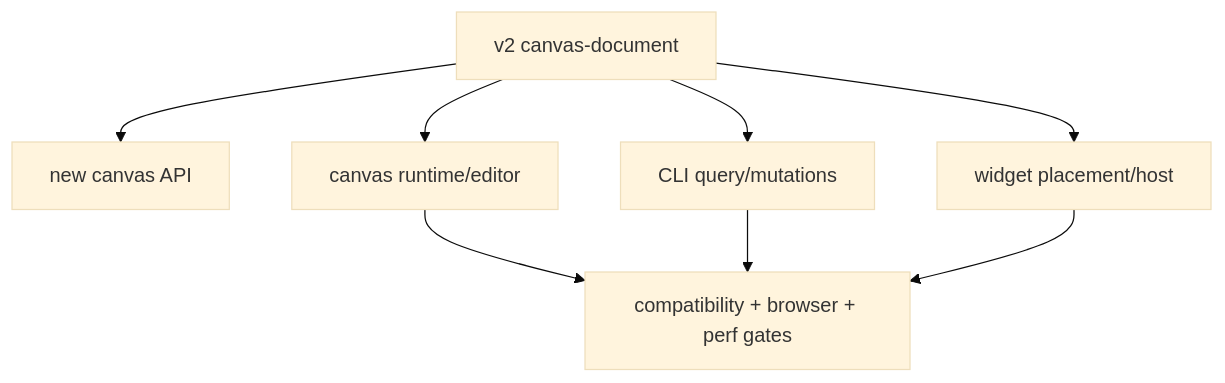
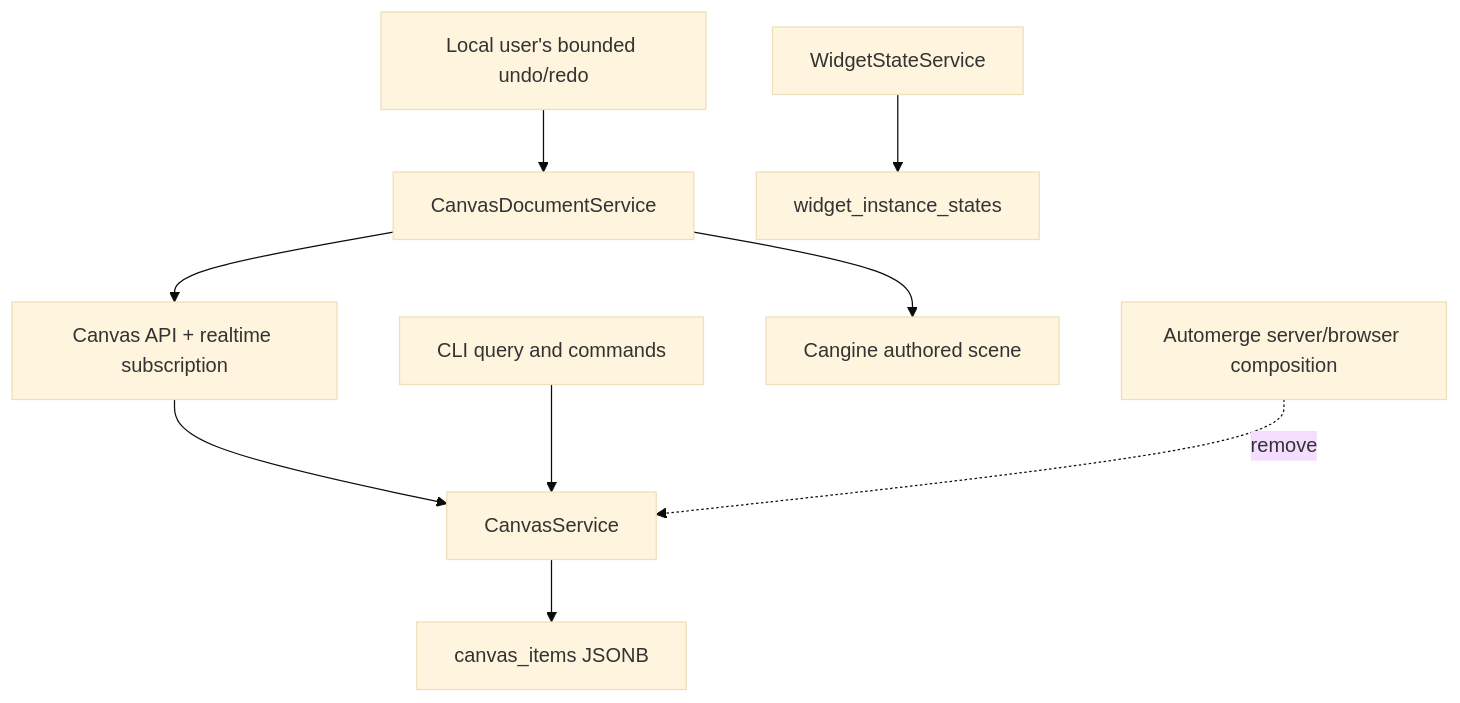
The diagram in tasks/a/A92.md (omnidraw/omnidraw), drawn with Mermaid (base theme) before and after one commit. The commit also changed other lines of this file and 10 other files, not shown here.

````diff
--- a/tasks/a/A92.md
+++ b/tasks/a/A92.md
@@ -17,10 +29,11 @@
 ```mermaid
 flowchart TD
-  Contract["v2 canvas-document"] --> Create["new canvas API"]
-  Contract --> Runtime["canvas runtime/editor"]
-  Contract --> CLI["CLI query/mutations"]
-  Contract --> Widgets["widget placement/host"]
-  Runtime --> Gate["compatibility + browser + perf gates"]
-  CLI --> Gate
-  Widgets --> Gate
+  API["Canvas API + realtime subscription"] --> Service["CanvasService"]
+  CLI["CLI query and commands"] --> Service
+  Browser["CanvasDocumentService"] --> API
+  Service --> Items["canvas_items JSONB"]
+  Browser --> Engine["Cangine authored scene"]
+  History["Local user's bounded undo/redo"] --> Browser
+  Widget["WidgetStateService"] --> WidgetDB["widget_instance_states"]
+  Old["Automerge server/browser composition"] -. "remove" .-> Service
 ```
````
